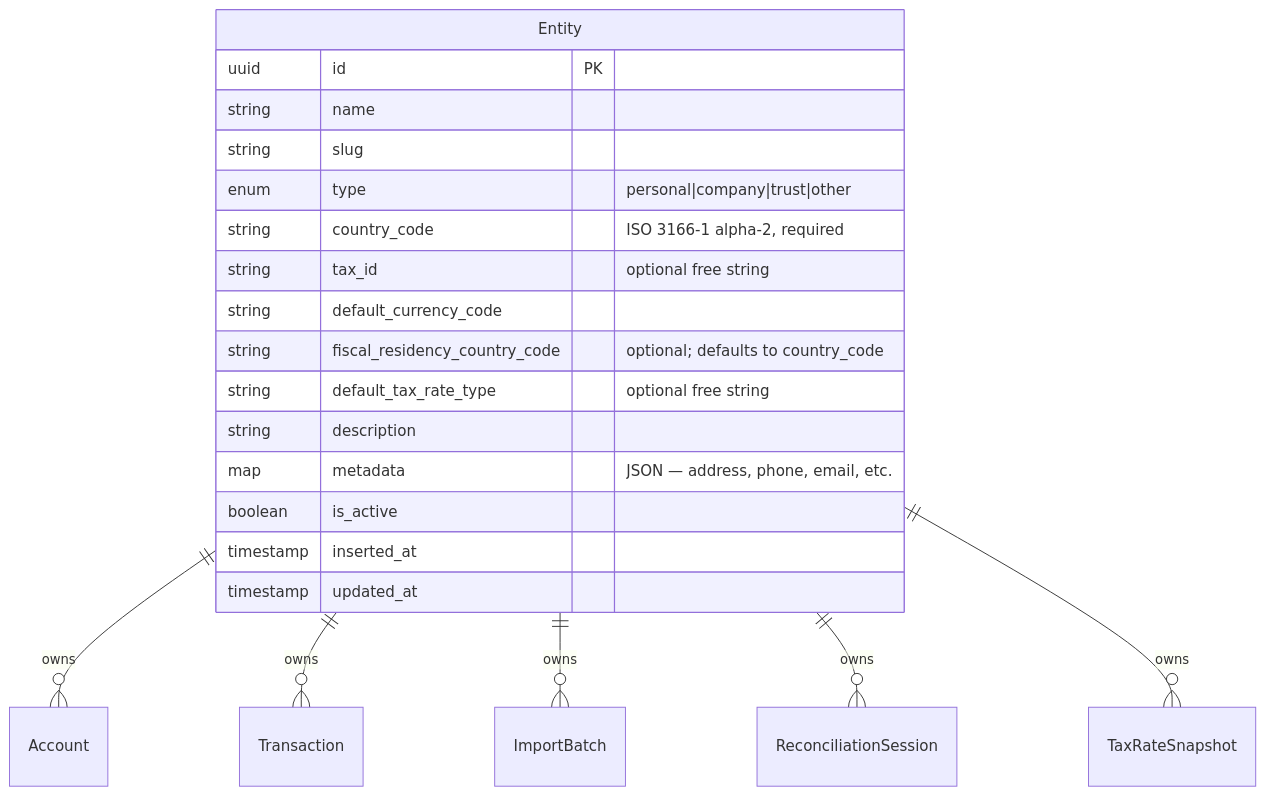
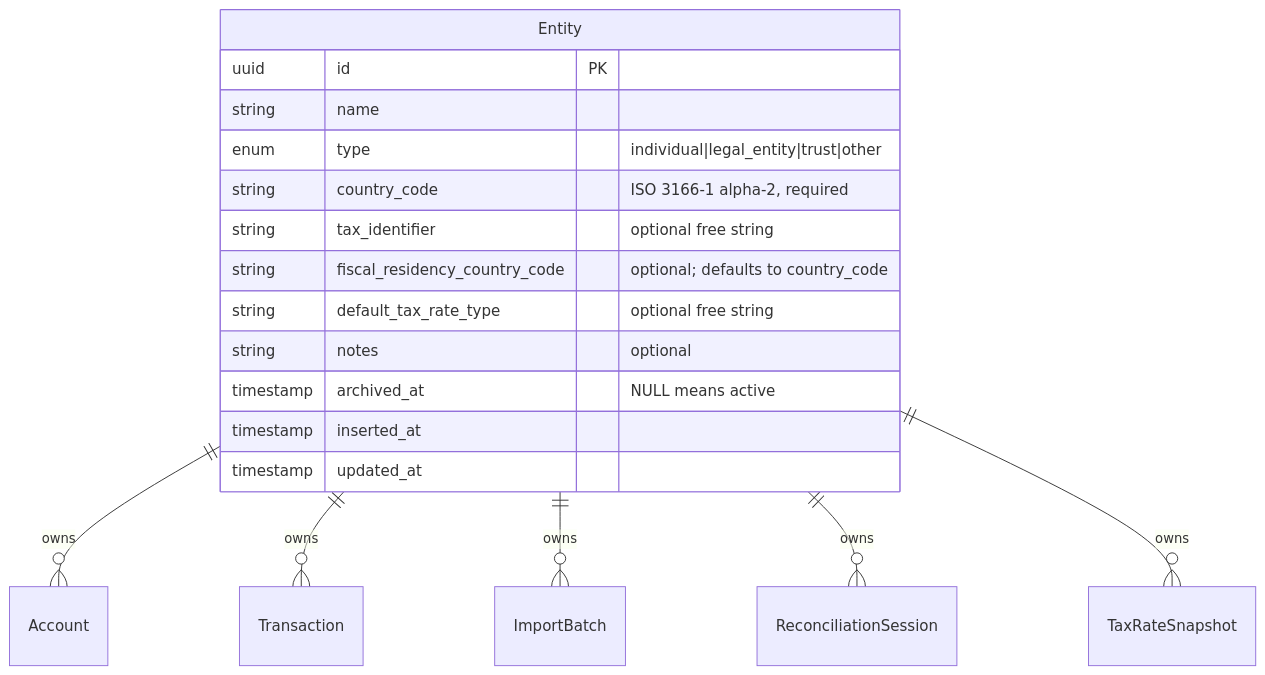
Before and after one commit to mberrueta/aurum-finance: the first of 2 diagrams in docs/adr/0009-multi-entity-ownership-model.md, drawn with Mermaid. The commit also changed other lines of this file and 45 other files, not shown here.

````diff
--- a/docs/adr/0009-multi-entity-ownership-model.md
+++ b/docs/adr/0009-multi-entity-ownership-model.md
@@ -350,25 +342,22 @@
 ```mermaid
 erDiagram
     Entity ||--o{ Account : "owns"
     Entity ||--o{ Transaction : "owns"
     Entity ||--o{ ImportBatch : "owns"
     Entity ||--o{ ReconciliationSession : "owns"
     Entity ||--o{ TaxRateSnapshot : "owns"
 
     Entity {
         uuid id PK
         string name
-        string slug
-        enum type "personal|company|trust|other"
+        enum type "individual|legal_entity|trust|other"
         string country_code "ISO 3166-1 alpha-2, required"
-        string tax_id "optional free string"
-        string default_currency_code
+        string tax_identifier "optional free string"
         string fiscal_residency_country_code "optional; defaults to country_code"
         string default_tax_rate_type "optional free string"
-        string description
-        map metadata "JSON — address, phone, email, etc."
-        boolean is_active
+        string notes "optional"
+        timestamp archived_at "NULL means active"
         timestamp inserted_at
         timestamp updated_at
     }
 ```
````
